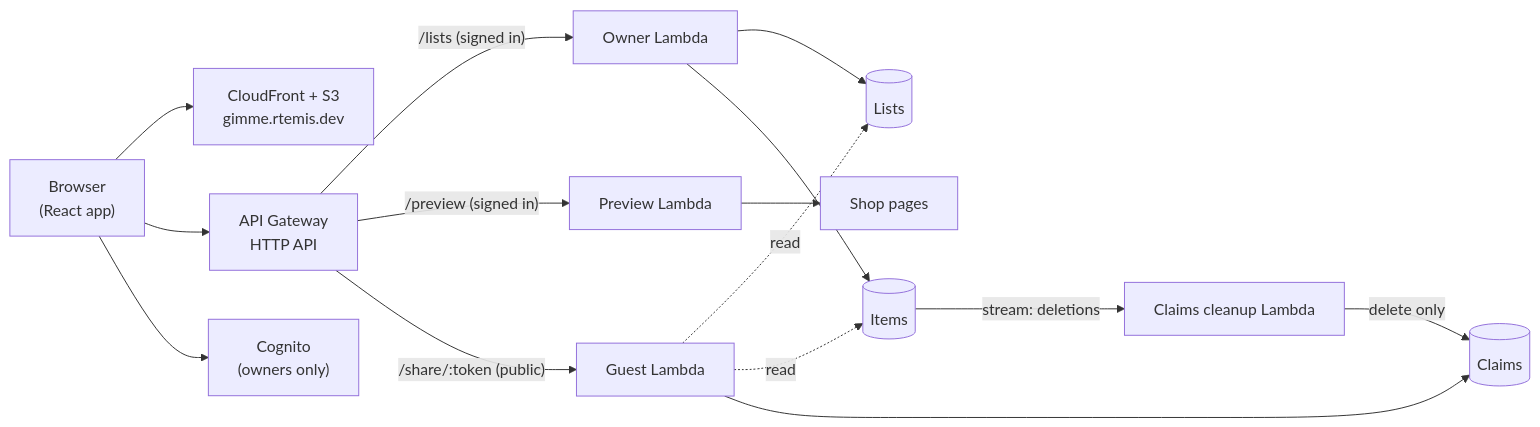
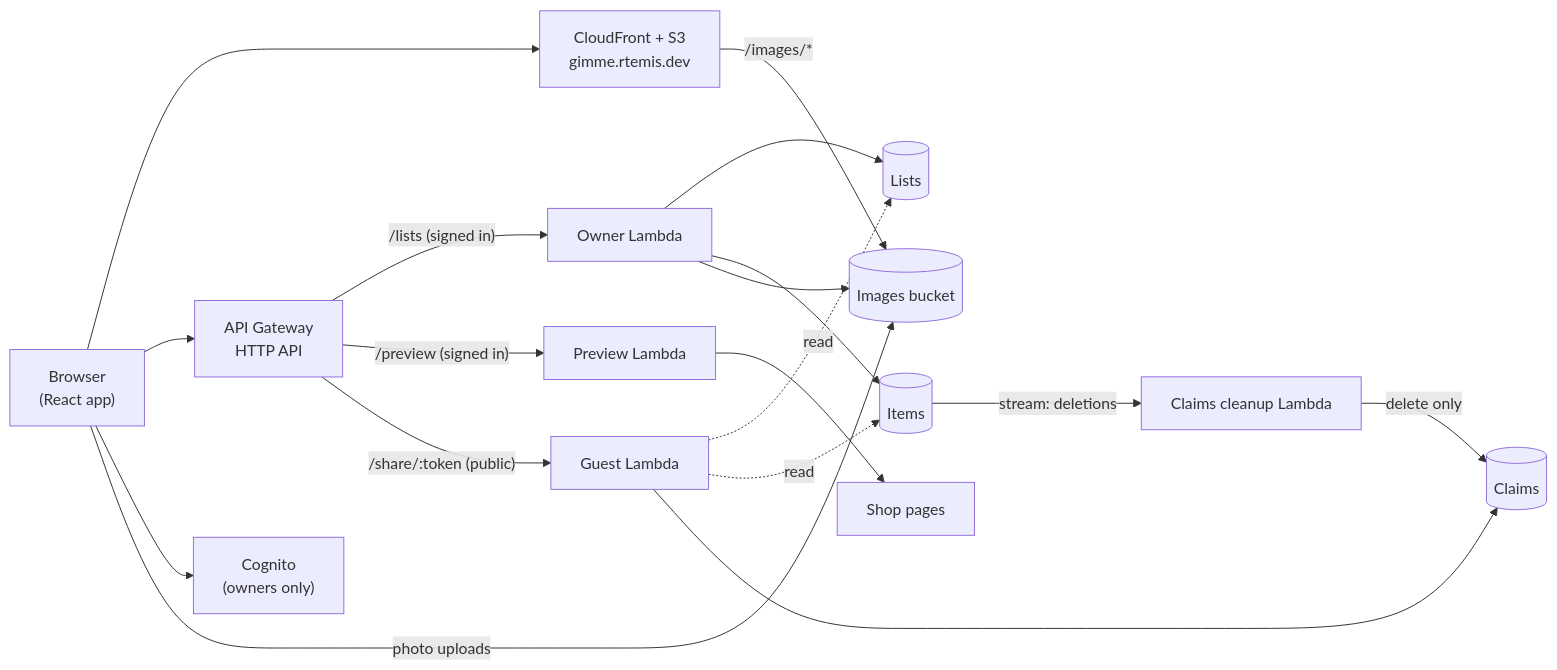
The diagram in README.md (Pedro12909/gimme), drawn with Mermaid before and after one commit. The commit also changed other lines of this file and 12 other files, not shown here.

````diff
--- a/README.md
+++ b/README.md
@@ -28,20 +29,23 @@
 ```mermaid
 flowchart LR
   Browser["Browser<br/>(React app)"] --> CF["CloudFront + S3<br/>gimme.rtemis.dev"]
   Browser --> API["API Gateway<br/>HTTP API"]
   Browser --> Cognito["Cognito<br/>(owners only)"]
 
   API -- "/lists (signed in)" --> Owner["Owner Lambda"]
   API -- "/preview (signed in)" --> Preview["Preview Lambda"]
   API -- "/share/:token (public)" --> Guest["Guest Lambda"]
 
   Owner --> Lists[("Lists")]
   Owner --> Items[("Items")]
+  Owner --> Images[("Images bucket")]
+  Browser -- "photo uploads" --> Images
+  CF -- "/images/*" --> Images
   Guest -. read .-> Lists
   Guest -. read .-> Items
   Guest --> Claims[("Claims")]
   Preview --> Shops["Shop pages"]
 
   Items -- "stream: deletions" --> Cleanup["Claims cleanup Lambda"]
   Cleanup -- "delete only" --> Claims
 ```
````
